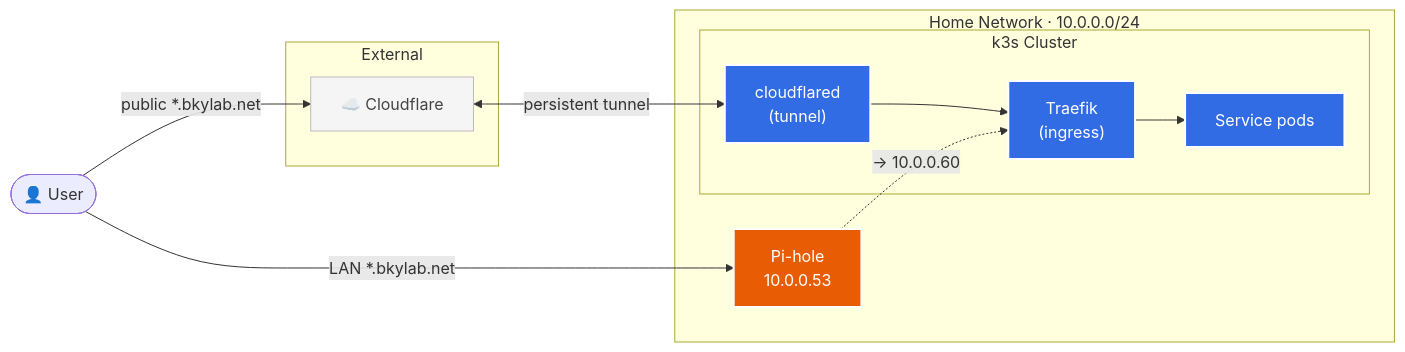
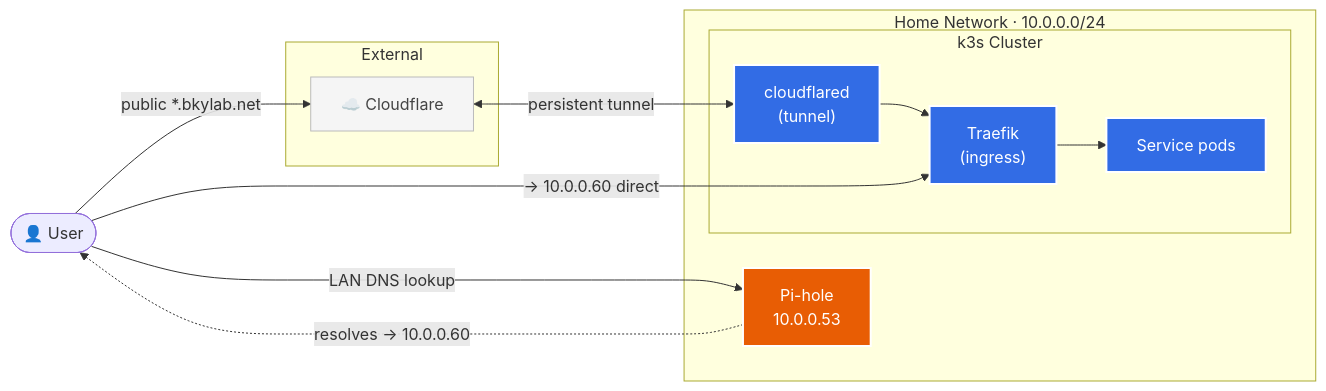
One commit to byeich/homelab changed the third of 5 diagrams in docs/architecture.md. Above: the diagram before and after it, drawn with Mermaid. The commit also changed other lines of this file, not shown here.

Commit message:
fix accuracy issues in diagram

````diff
--- a/docs/architecture.md
+++ b/docs/architecture.md
@@ -125,35 +127,36 @@
 ```mermaid
 flowchart LR
     user(["👤 User"])
 
     subgraph ext["External"]
         cf["☁️ Cloudflare"]
     end
 
     subgraph home["Home Network · 10.0.0.0/24"]
         pihole["Pi-hole\n10.0.0.53"]
 
         subgraph cluster["k3s Cluster"]
             cfpod["cloudflared\n(tunnel)"]
             traefik["Traefik\n(ingress)"]
             svc["Service pods"]
         end
     end
 
     user -->|"public  *.bkylab.net"| cf
     cf <-->|"persistent tunnel"| cfpod
     cfpod --> traefik
 
-    user -->|"LAN  *.bkylab.net"| pihole
-    pihole -.->|"→ 10.0.0.60"| traefik
+    user -->|"LAN DNS lookup"| pihole
+    pihole -.->|"resolves → 10.0.0.60"| user
+    user -->|"→ 10.0.0.60 direct"| traefik
 
     traefik --> svc
 
     classDef k8s fill:#326ce5,stroke:#fff,stroke-width:2px,color:#fff
     classDef dns fill:#e85d04,stroke:#fff,stroke-width:2px,color:#fff
     classDef ext fill:#f5f5f5,stroke:#bbb,color:#444
 
     class cfpod,traefik,svc k8s
     class pihole dns
     class cf ext
 ```
````
